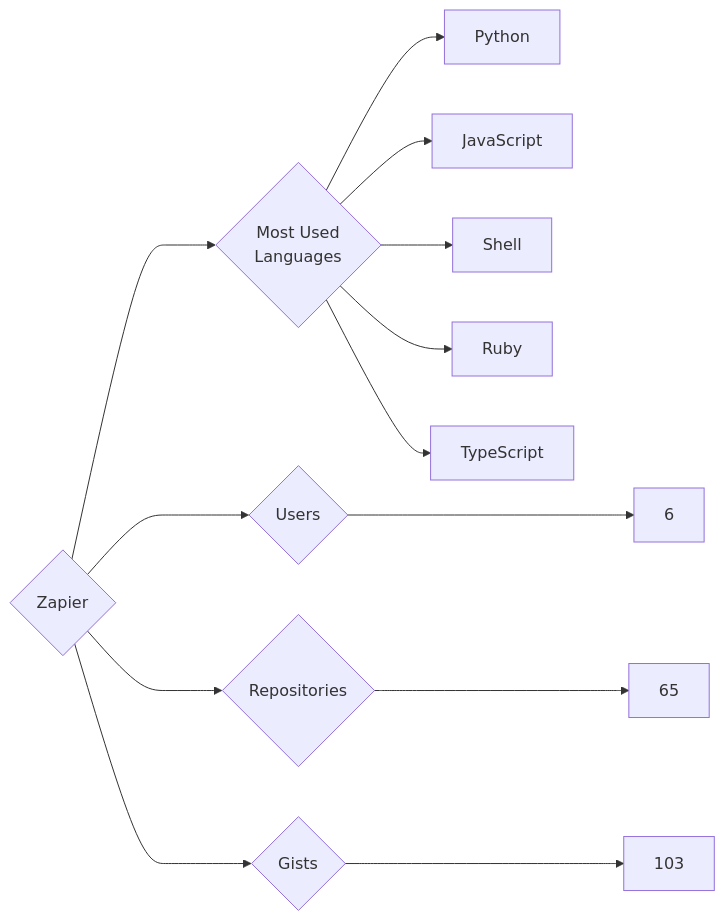
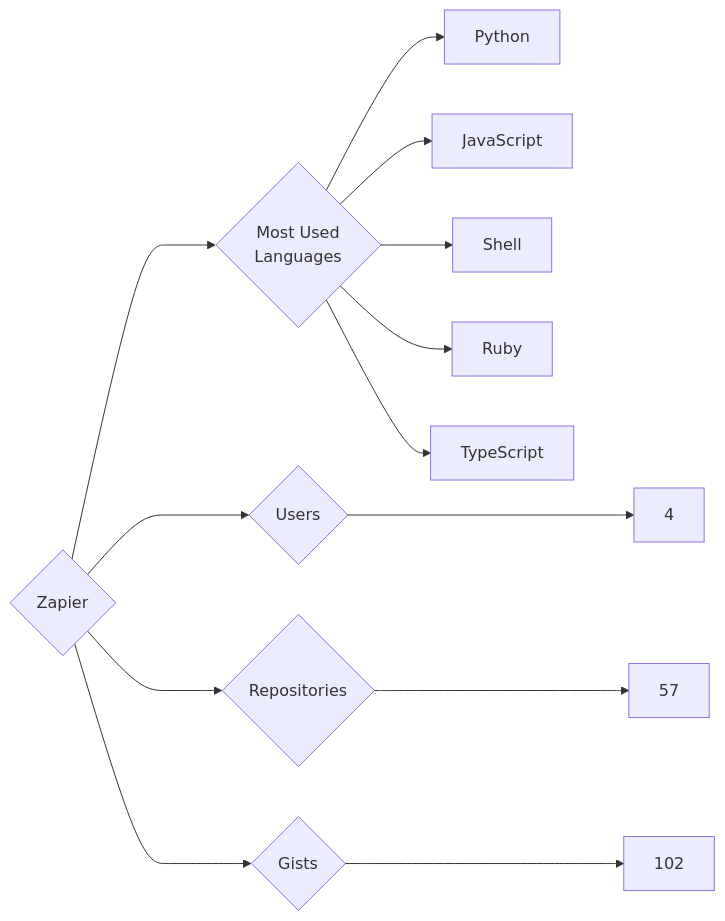
Before and after one commit to trickest/insiders: the diagram in targets/Zapier/README.md, drawn with Mermaid. The commit also changed 534 other files, not shown here.

````diff
--- a/targets/Zapier/README.md
+++ b/targets/Zapier/README.md
@@ -3,13 +3,13 @@
 ```mermaid
 graph LR
 COMPANY_NAME{Zapier}
-COMPANY_NAME ---> U{Users} ---> UN[6]
-COMPANY_NAME ---> R{Repositories} ---> RN[65]
-COMPANY_NAME ---> G{Gists} ---> GN[103]
+COMPANY_NAME ---> U{Users} ---> UN[4]
+COMPANY_NAME ---> R{Repositories} ---> RN[57]
+COMPANY_NAME ---> G{Gists} ---> GN[102]
 COMPANY_NAME ---> ML{Most Used<br>Languages}
 ML --> Python[Python]
 ML --> JavaScript[JavaScript]
 ML --> Shell[Shell]
 ML --> Ruby[Ruby]
 ML --> TypeScript[TypeScript]
 ```
````
